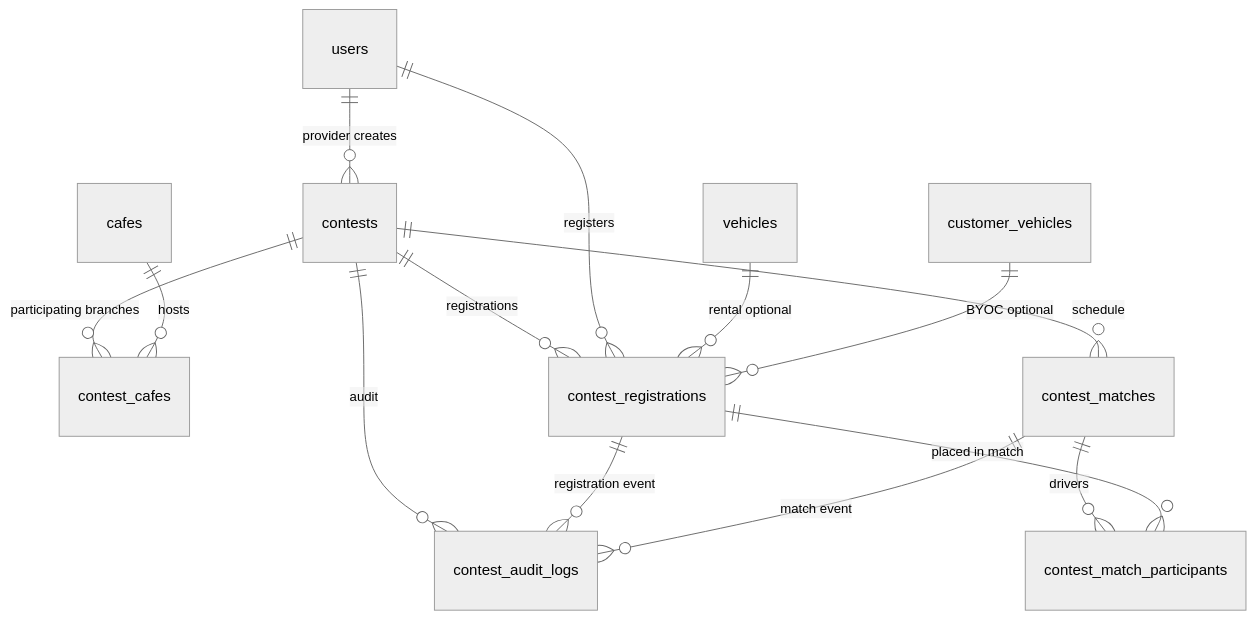
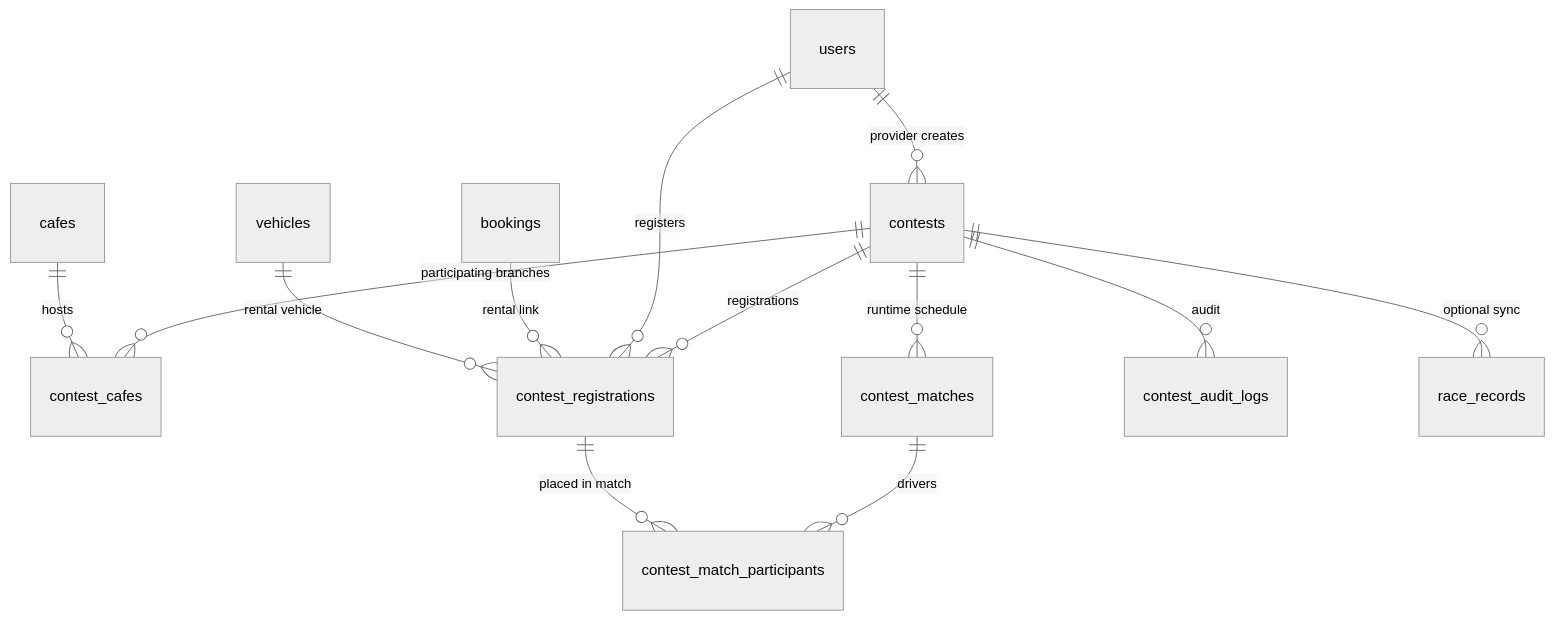
One commit to RCField-SEP490/rcfield-spec changed the second of 6 diagrams in docs/architecture/03-contest.md. Above: the diagram before and after it, drawn with Mermaid (neutral theme). The commit also changed other lines of this file and 4 other files, not shown here.

First line of the commit message:
Refactor contest business rules documentation and add current backend vs requested flow analysis

````diff
--- a/docs/architecture/03-contest.md
+++ b/docs/architecture/03-contest.md
@@ -146,16 +99,15 @@
 ```mermaid
 erDiagram
     users ||--o{ contests : "provider creates"
     contests ||--o{ contest_cafes : "participating branches"
     cafes ||--o{ contest_cafes : "hosts"
     contests ||--o{ contest_registrations : "registrations"
     users ||--o{ contest_registrations : "registers"
-    vehicles ||--o{ contest_registrations : "rental optional"
-    customer_vehicles ||--o{ contest_registrations : "BYOC optional"
-    contests ||--o{ contest_matches : "schedule"
+    bookings ||--o{ contest_registrations : "rental link"
+    vehicles ||--o{ contest_registrations : "rental vehicle"
+    contests ||--o{ contest_matches : "runtime schedule"
     contest_matches ||--o{ contest_match_participants : "drivers"
     contest_registrations ||--o{ contest_match_participants : "placed in match"
     contests ||--o{ contest_audit_logs : "audit"
-    contest_registrations ||--o{ contest_audit_logs : "registration event"
-    contest_matches ||--o{ contest_audit_logs : "match event"
+    contests ||--o{ race_records : "optional sync"
 ```
````
